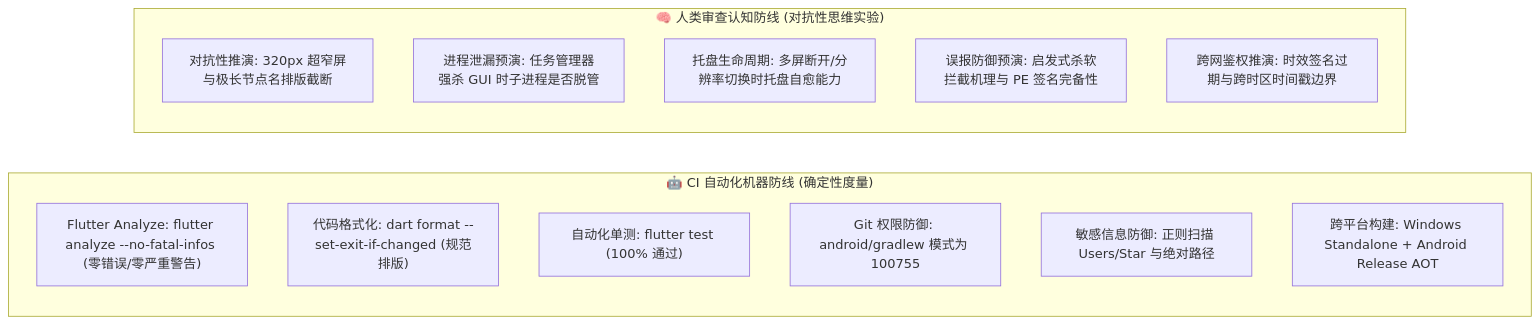
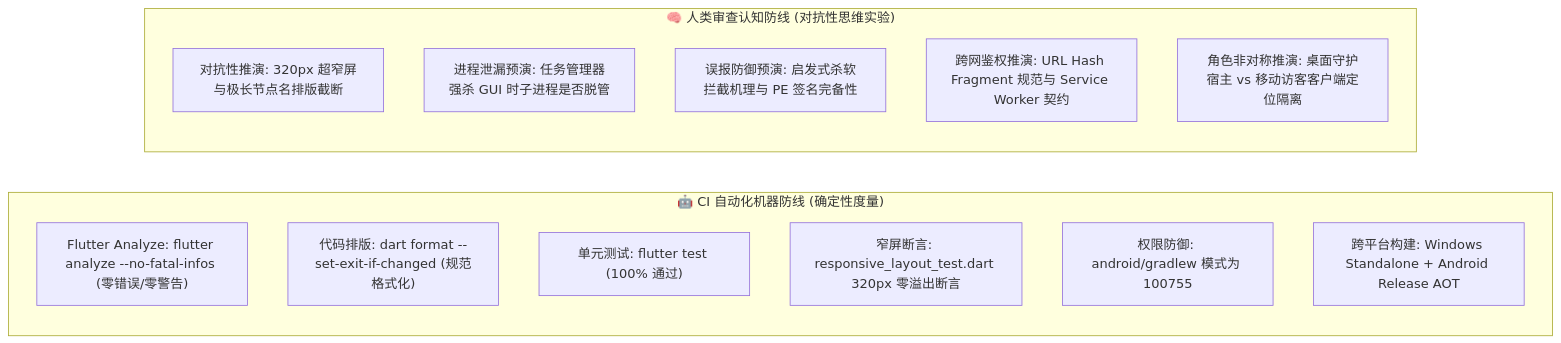
One commit to BeingNoAbility/WebRTC-Gateway-GUI changed the third of 4 diagrams in docs/REVIEW_GUIDELINES.md. Above: the diagram before and after it, drawn with Mermaid. The commit also changed other lines of this file and 2 other files, not shown here.

````diff
--- a/docs/REVIEW_GUIDELINES.md
+++ b/docs/REVIEW_GUIDELINES.md
@@ -51,19 +51,19 @@
 ```mermaid
 flowchart LR
     subgraph Machine_Gate["🤖 CI 自动化机器防线 (确定性度量)"]
-        M1["Flutter Analyze: flutter analyze --no-fatal-infos (零错误/零严重警告)"]
-        M2["代码格式化: dart format --set-exit-if-changed (规范排版)"]
-        M3["自动化单测: flutter test (100% 通过)"]
-        M4["Git 权限防御: android/gradlew 模式为 100755"]
-        M5["敏感信息防御: 正则扫描 Users/Star 与绝对路径"]
+        M1["Flutter Analyze: flutter analyze --no-fatal-infos (零错误/零警告)"]
+        M2["代码排版: dart format --set-exit-if-changed (规范格式化)"]
+        M3["单元测试: flutter test (100% 通过)"]
+        M4["窄屏断言: responsive_layout_test.dart 320px 零溢出断言"]
+        M5["权限防御: android/gradlew 模式为 100755"]
         M6["跨平台构建: Windows Standalone + Android Release AOT"]
     end
 
     subgraph Human_Gate["🧠 人类审查认知防线 (对抗性思维实验)"]
         H1["对抗性推演: 320px 超窄屏与极长节点名排版截断"]
         H2["进程泄漏预演: 任务管理器强杀 GUI 时子进程是否脱管"]
-        H3["托盘生命周期: 多屏断开/分辨率切换时托盘自愈能力"]
-        H4["误报防御预演: 启发式杀软拦截机理与 PE 签名完备性"]
-        H5["跨网鉴权推演: 时效签名过期与跨时区时间戳边界"]
+        H3["误报防御预演: 启发式杀软拦截机理与 PE 签名完备性"]
+        H4["跨网鉴权推演: URL Hash Fragment 规范与 Service Worker 契约"]
+        H5["角色非对称推演: 桌面守护宿主 vs 移动访客客户端定位隔离"]
     end
 ```
````
